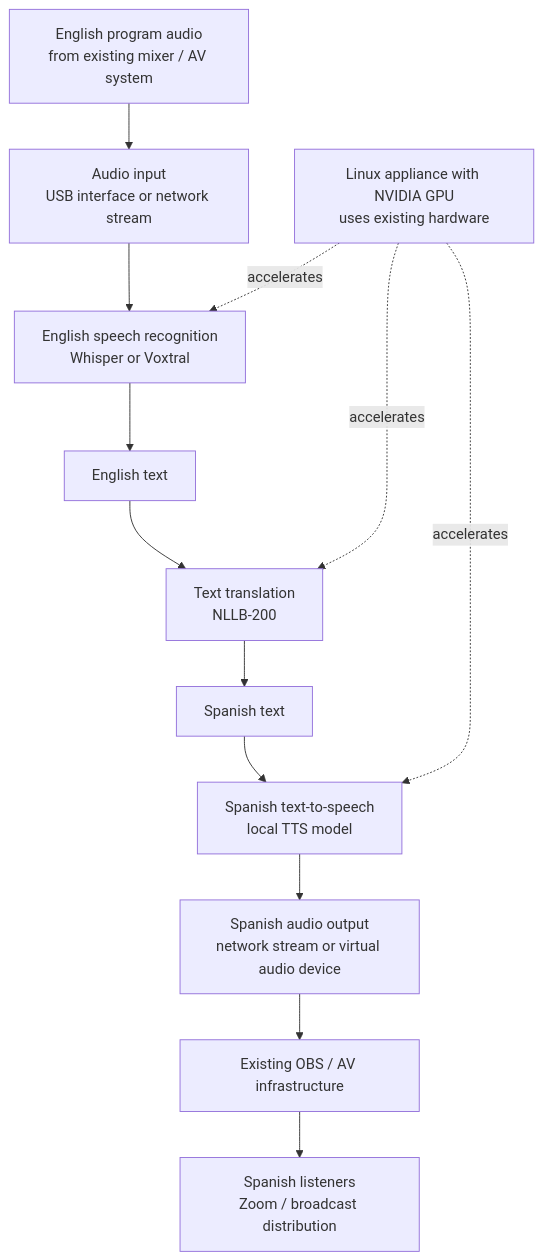
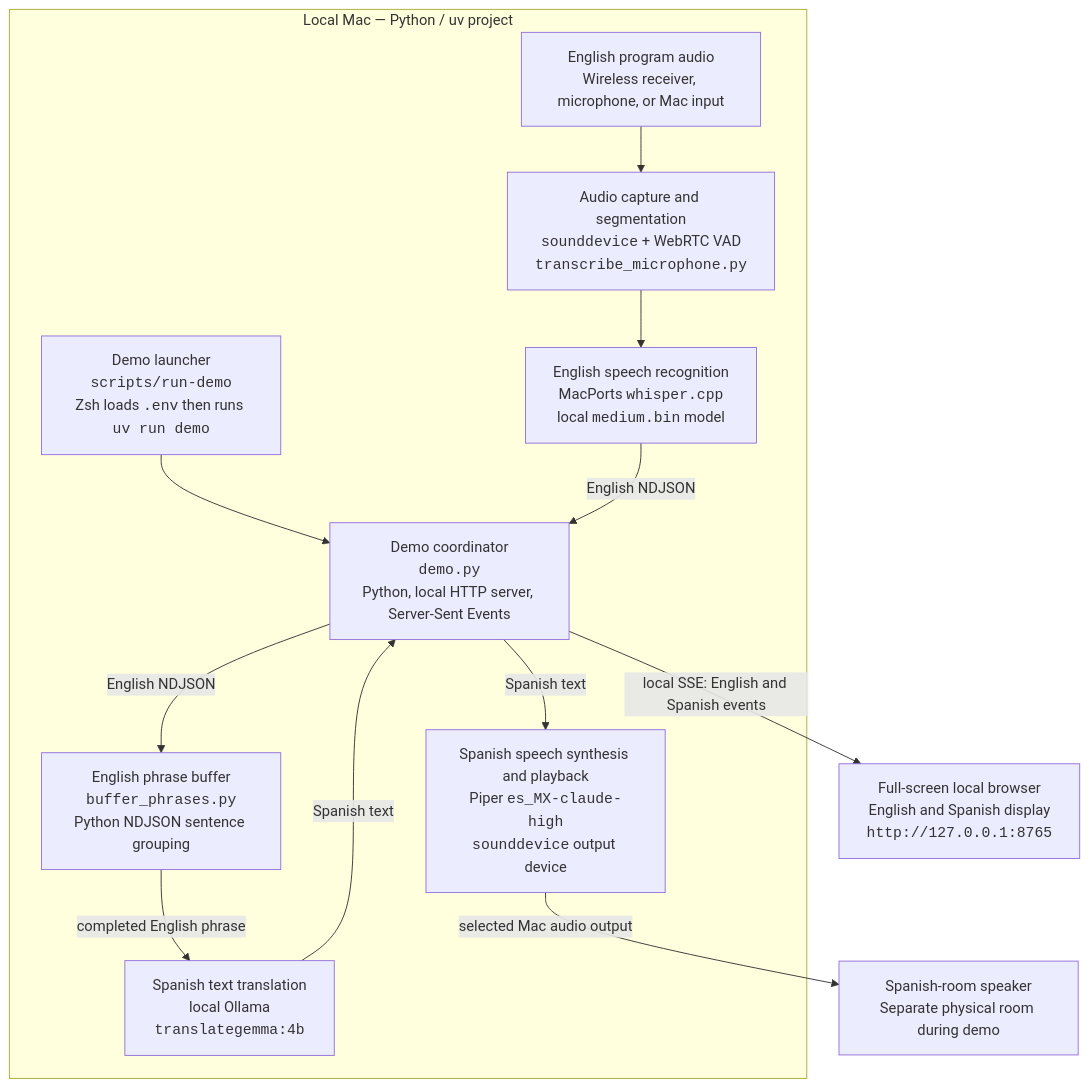
The diagram in README.md (wjferris/translation_pipeline), drawn with Mermaid before and after one commit. The commit also changed other lines of this file and 16 other files, not shown here.

Commit message:
Add local browser demo mode

````diff
--- a/README.md
+++ b/README.md
@@ -21,19 +25,27 @@
 ```mermaid
 flowchart TB
-    A["English program audio<br/>from existing mixer / AV system"]
-    B["Audio input<br/>USB interface or network stream"]
-    C["English speech recognition<br/>Whisper or Voxtral"]
-    D["English text"]
-    E["Text translation<br/>NLLB-200"]
-    F["Spanish text"]
-    G["Spanish text-to-speech<br/>local TTS model"]
-    H["Spanish audio output<br/>network stream or virtual audio device"]
-    I["Existing OBS / AV infrastructure"]
-    J["Spanish listeners<br/>Zoom / broadcast distribution"]
+    Input["English program audio<br/>Wireless receiver, microphone, or Mac input"]
+    Speaker["Spanish-room speaker<br/>Separate physical room during demo"]
+    Browser["Full-screen local browser<br/>English and Spanish display<br/><code>http://127.0.0.1:8765</code>"]
 
-    A --> B --> C --> D --> E --> F --> G --> H --> I --> J
+    subgraph Mac["Local Mac — Python / uv project"]
+        Launcher["Demo launcher<br/><code>scripts/run-demo</code><br/>Zsh loads <code>.env</code> then runs <code>uv run demo</code>"]
+        Coordinator["Demo coordinator<br/><code>demo.py</code><br/>Python, local HTTP server, Server-Sent Events"]
+        Capture["Audio capture and segmentation<br/><code>sounddevice</code> + WebRTC VAD<br/><code>transcribe_microphone.py</code>"]
+        ASR["English speech recognition<br/>MacPorts <code>whisper.cpp</code><br/>local <code>medium.bin</code> model"]
+        Buffer["English phrase buffer<br/><code>buffer_phrases.py</code><br/>Python NDJSON sentence grouping"]
+        Translation["Spanish text translation<br/>local Ollama<br/><code>translategemma:4b</code>"]
+        TTS["Spanish speech synthesis and playback<br/>Piper <code>es_MX-claude-high</code><br/><code>sounddevice</code> output device"]
 
-    K["Linux appliance with NVIDIA GPU<br/>uses existing hardware"] -. accelerates .-> C
-    K -. accelerates .-> E
-    K -. accelerates .-> G
+        Launcher --> Coordinator
+        Input --> Capture --> ASR
+        ASR -->|English NDJSON| Coordinator
+        Coordinator -->|English NDJSON| Buffer
+        Buffer -->|completed English phrase| Translation
+        Translation -->|Spanish text| Coordinator
+        Coordinator -->|Spanish text| TTS
+    end
+
+    Coordinator -->|local SSE: English and Spanish events| Browser
+    TTS -->|selected Mac audio output| Speaker
 ```
````
